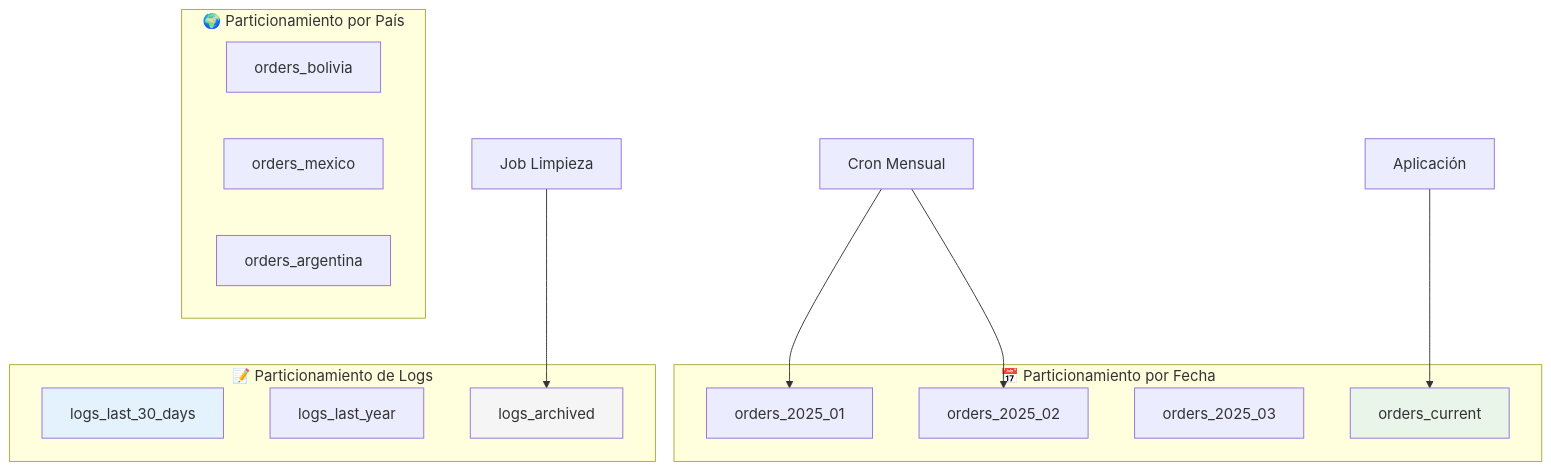
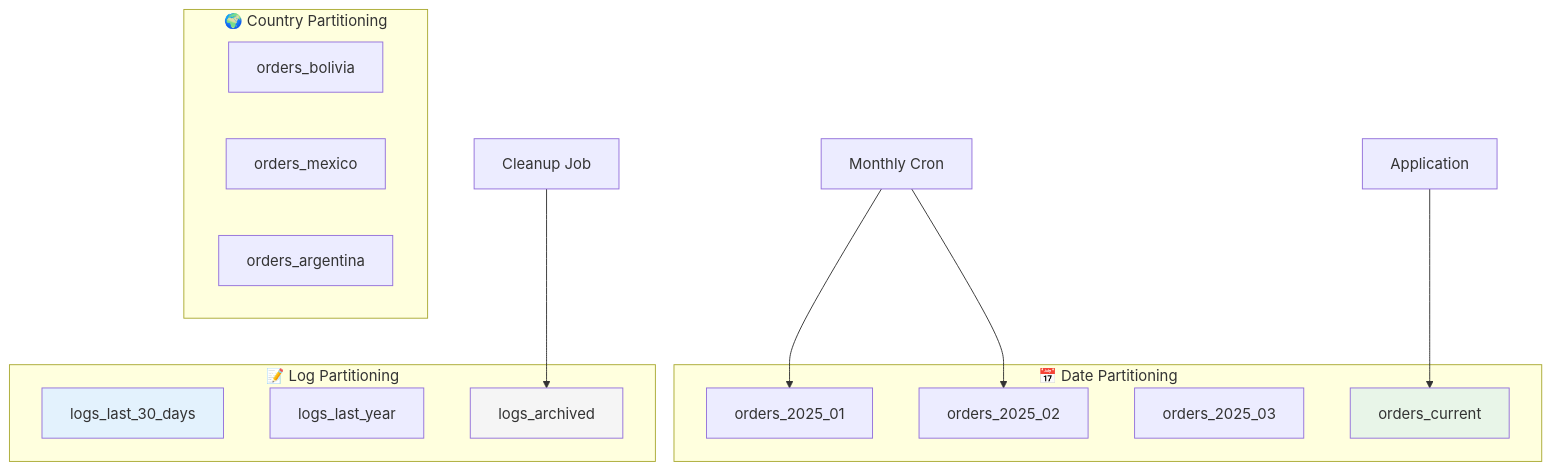
One commit to kibo-project/Kibo-Wiki changed the second of 3 diagrams in 03-modelo-datos.md. Above: the diagram before and after it, drawn with Mermaid. The commit also changed other lines of this file and 5 other files, not shown here.

````diff
--- a/03-modelo-datos.md
+++ b/03-modelo-datos.md
@@ -542,31 +542,31 @@
 ```mermaid
 graph TB
-    subgraph "📅 Particionamiento por Fecha"
+    subgraph "📅 Date Partitioning"
         ORDERS_2025_01[orders_2025_01]
         ORDERS_2025_02[orders_2025_02]
         ORDERS_2025_03[orders_2025_03]
         ORDERS_CURRENT[orders_current]
     end
     
-    subgraph "🌍 Particionamiento por País"
+    subgraph "🌍 Country Partitioning"
         ORDERS_BO[orders_bolivia]
         ORDERS_MX[orders_mexico]
         ORDERS_AR[orders_argentina]
     end
     
-    subgraph "📝 Particionamiento de Logs"
+    subgraph "📝 Log Partitioning"
         LOGS_HOT[logs_last_30_days]
         LOGS_WARM[logs_last_year]
         LOGS_COLD[logs_archived]
     end
 
-    APP[Aplicación] --> ORDERS_CURRENT
-    CRON_MONTHLY[Cron Mensual] --> ORDERS_2025_01
+    APP[Application] --> ORDERS_CURRENT
+    CRON_MONTHLY[Monthly Cron] --> ORDERS_2025_01
     CRON_MONTHLY --> ORDERS_2025_02
     
-    CLEANUP_JOB[Job Limpieza] --> LOGS_COLD
+    CLEANUP_JOB[Cleanup Job] --> LOGS_COLD
     
     style ORDERS_CURRENT fill:#e8f5e8
     style LOGS_HOT fill:#e3f2fd
     style LOGS_COLD fill:#f5f5f5
 ```
````
